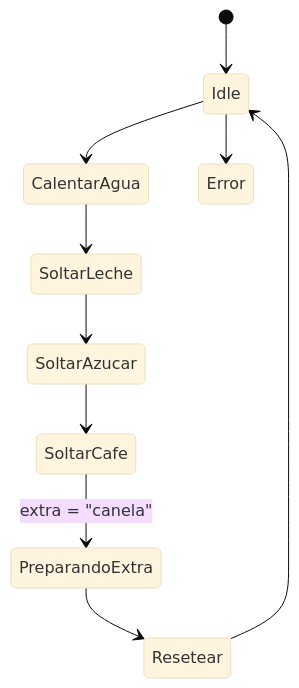
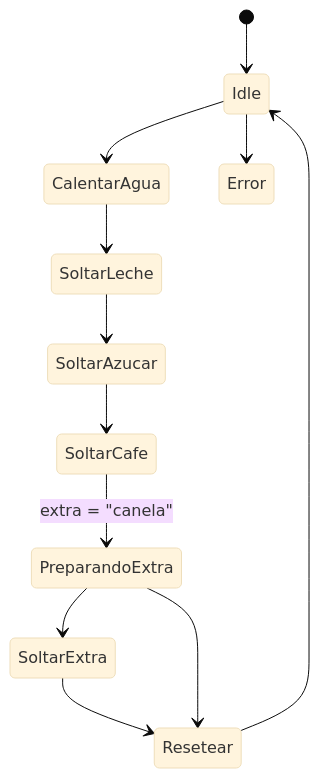
Before and after one commit to oliver-miguez/PMDM: the diagram in Maquina de cafe/MiMaquinaDeCafe/ReadMe.md, drawn with Mermaid (base theme).

````diff
--- a/Maquina de cafe/MiMaquinaDeCafe/ReadMe.md
+++ b/Maquina de cafe/MiMaquinaDeCafe/ReadMe.md
@@ -1,13 +1,14 @@
 ``` mermaid 
 stateDiagram-v2
     [*] --> Idle
     Idle --> CalentarAgua
     CalentarAgua --> SoltarLeche
     SoltarLeche --> SoltarAzucar
     SoltarAzucar --> SoltarCafe
     SoltarCafe --> PreparandoExtra: extra = "canela"
-    PreparandoExtra --> Resetear
+    PreparandoExtra --> SoltarExtra
+    SoltarExtra --> Resetear    PreparandoExtra --> Resetear
     Resetear --> Idle
     Idle --> Error
     
 ```
````
